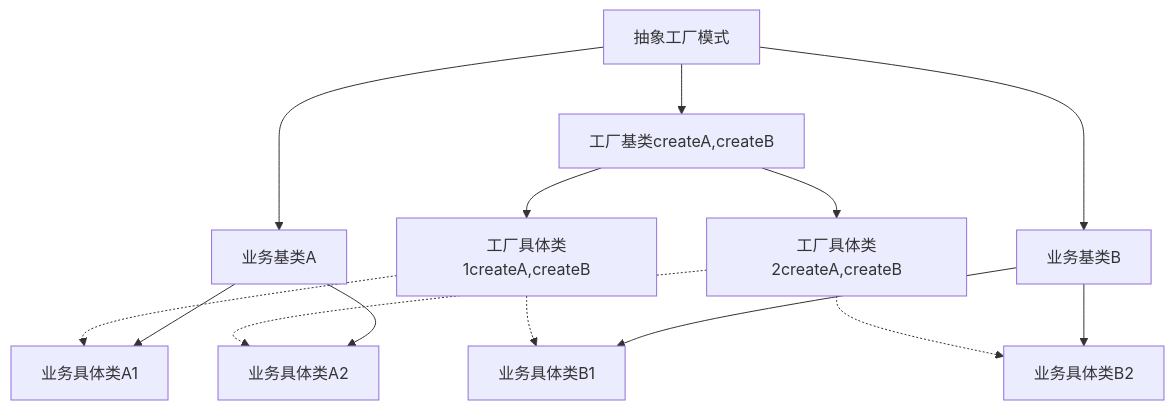
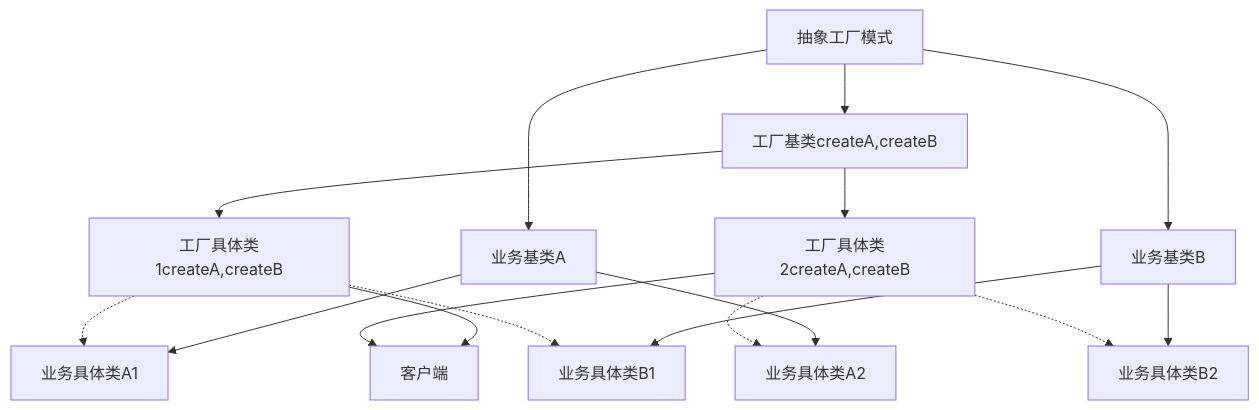
The seventh of 27 diagrams in C++设计模式.md (chenbei97/myLeetCode), drawn with Mermaid before and after one commit. The commit also changed other lines of this file, not shown here.

````diff
--- a/C++设计模式.md
+++ b/C++设计模式.md
@@ -1534,26 +1554,29 @@
 ```mermaid
 graph TD
 m[抽象工厂模式]
 s1[工厂基类createA,createB]
 s2[工厂具体类1createA,createB]
 s3[工厂具体类2createA,createB]
 m-->s1
 s1-->s2
 s1-->s3
 y1[业务基类A]
 y2[业务具体类A1]
 y3[业务具体类A2]
 m-->y1
 y1-->y2
 y1-->y3
 x1[业务基类B]
 x2[业务具体类B1]
 x3[业务具体类B2]
 m-->x1
 x1-->x2
 x1-->x3
 s2-.->y2
 s2-.->x2
 s3-.->y3
 s3-.->x3
+e[客户端]
+s2-->e
+s3-->e
 ```
````
